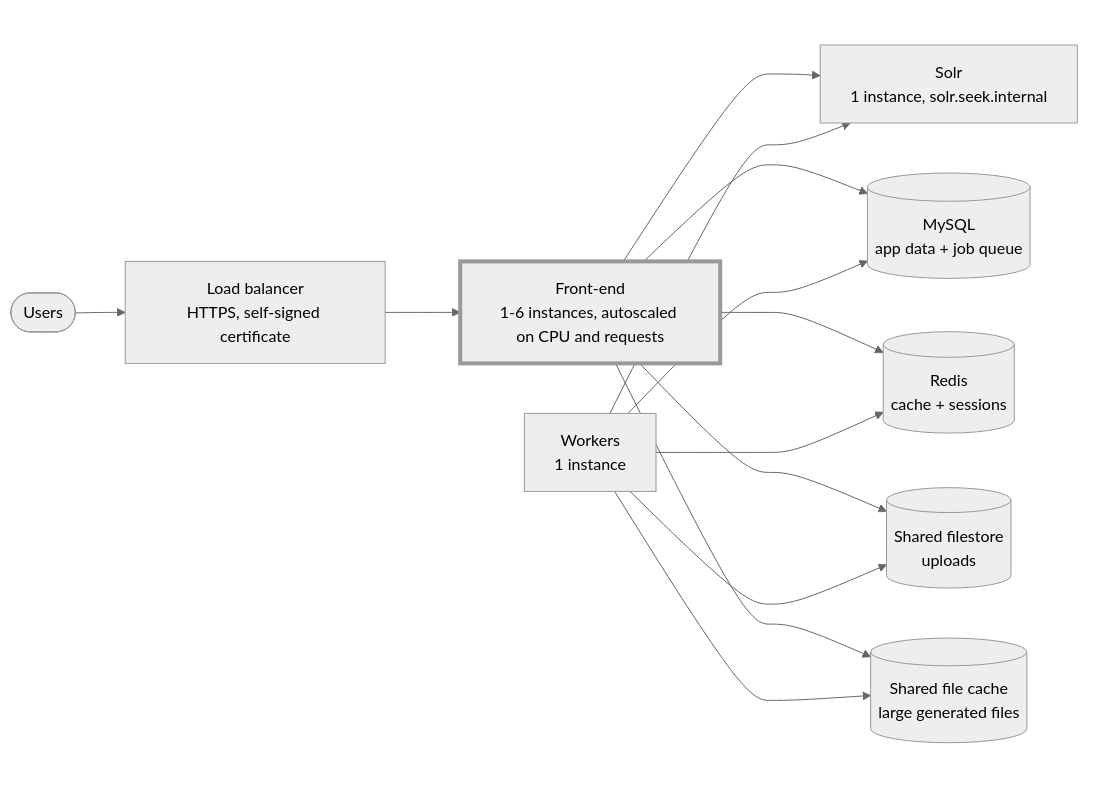
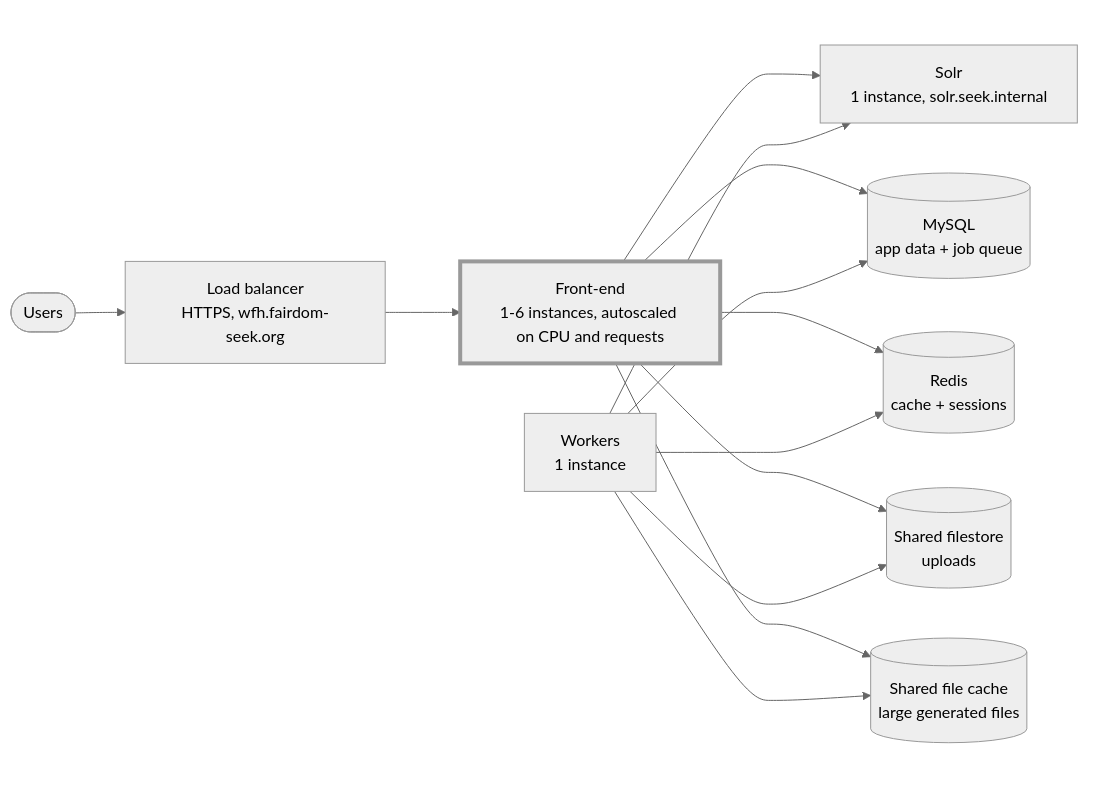
Before and after one commit to seek4science/seek: the first of 4 diagrams in docs/pulumi-architecture.md, drawn with Mermaid (neutral theme). The commit also changed other lines of this file and 3 other files, not shown here.

````diff
--- a/docs/pulumi-architecture.md
+++ b/docs/pulumi-architecture.md
@@ -24,27 +25,27 @@
 ```mermaid
 flowchart LR
     users(["Users"])
-    alb["Load balancer<br/>HTTPS, self-signed certificate"]
+    alb["Load balancer<br/>HTTPS, wfh.fairdom-seek.org"]
 
     subgraph app[" "]
         web["Front-end<br/>1-6 instances, autoscaled on CPU and requests"]
         workers["Workers<br/>1 instance"]
     end
 
     subgraph backing[" "]
         solr["Solr<br/>1 instance, solr.seek.internal"]
         db[("MySQL<br/>app data + job queue")]
         redis[("Redis<br/>cache + sessions")]
         files[("Shared filestore<br/>uploads")]
         cache[("Shared file cache<br/>large generated files")]
     end
 
     users --> alb --> web
     web & workers --> solr & db & redis & files & cache
 
     classDef multi stroke-width:4px
     classDef planned stroke-dasharray:5 5,color:#777
     classDef bare fill:none,stroke:none
     class web multi
     class app,backing bare
 ```
````
